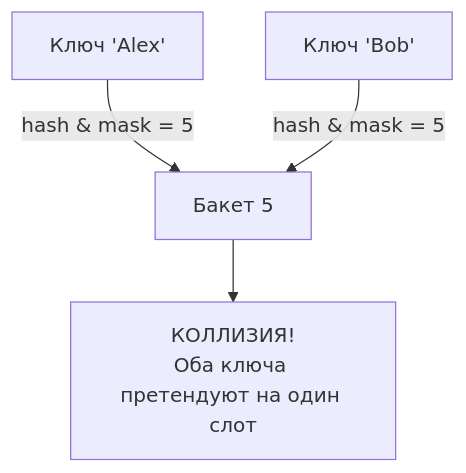
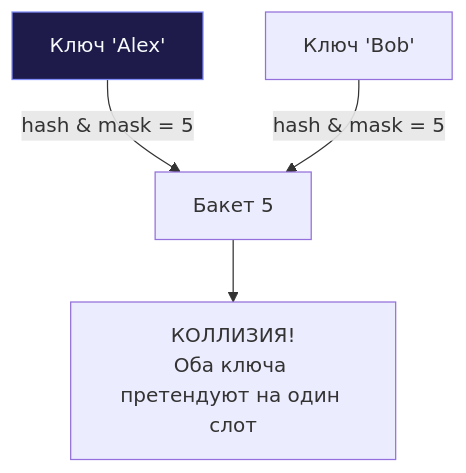
One commit to UnrealTemplier/go-textbook changed the first of 2 diagrams in sources/20. Алгоритмы и структуры данных (DSA) на Go/03. Хеширование/3. Разрешение коллизий.md. Above: the diagram before and after it, drawn with Mermaid. The commit also changed other lines of this file and 1666 other files, not shown here.

First line of the commit message:
feat(mermaid): add semantic color classDef to 1369 colorless flowchart/graph diagrams

````diff
--- a/sources/20. Алгоритмы и структуры данных (DSA) на Go/03. Хеширование/3. Разрешение коллизий.md
+++ b/sources/20. Алгоритмы и структуры данных (DSA) на Go/03. Хеширование/3. Разрешение коллизий.md
@@ -39,6 +39,16 @@
 ```mermaid
 flowchart TD
-    K1["Ключ 'Alex'"] -->|"hash & mask = 5"| B5["Бакет 5"]
+    classDef process  fill:#1e293b,stroke:#38bdf8,stroke-width:1px,color:#f8fafc
+    classDef success  fill:#064e3b,stroke:#34d399,stroke-width:1px,color:#f8fafc
+    classDef error    fill:#7f1d1d,stroke:#f87171,stroke-width:1px,color:#f8fafc
+    classDef warning  fill:#78350f,stroke:#fbbf24,stroke-width:1px,color:#f8fafc
+    classDef entry    fill:#1e3a5f,stroke:#38bdf8,stroke-width:2px,color:#f8fafc
+    classDef aux      fill:#334155,stroke:#64748b,stroke-width:1px,color:#f8fafc
+    classDef system   fill:#312e81,stroke:#a78bfa,stroke-width:1px,color:#f8fafc
+    classDef data     fill:#132d29,stroke:#2dd4bf,stroke-width:1px,color:#f8fafc
+    classDef network  fill:#881337,stroke:#fb7185,stroke-width:1px,color:#f8fafc
+    classDef accent   fill:#1e1b4b,stroke:#818cf8,stroke-width:1px,color:#f8fafc
+    K1["Ключ 'Alex'"]:::accent -->|"hash & mask = 5"| B5["Бакет 5"]
     K2["Ключ 'Bob'"] -->|"hash & mask = 5"| B5
     B5 --> C["КОЛЛИЗИЯ!<br/>Оба ключа претендуют на один слот"]
 ```
````
